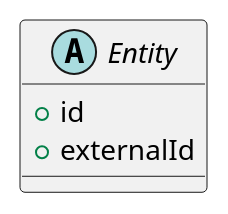
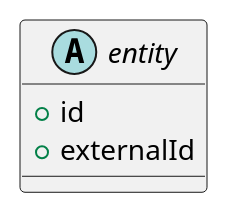
One commit to chronicleworks/chronicle changed the diagram in docs/diagrams/include/entity.iuml. Above: the diagram before and after it, drawn with PlantUML. The commit also changed 12 other files, not shown here.

Commit message:
docs: align prov elements diagram format to chronicle-examples

```diff
--- a/docs/diagrams/include/entity.iuml
+++ b/docs/diagrams/include/entity.iuml
@@ -1,4 +1,4 @@
-abstract Entity {
+abstract entity {
     + id
     + externalId
 }
```
